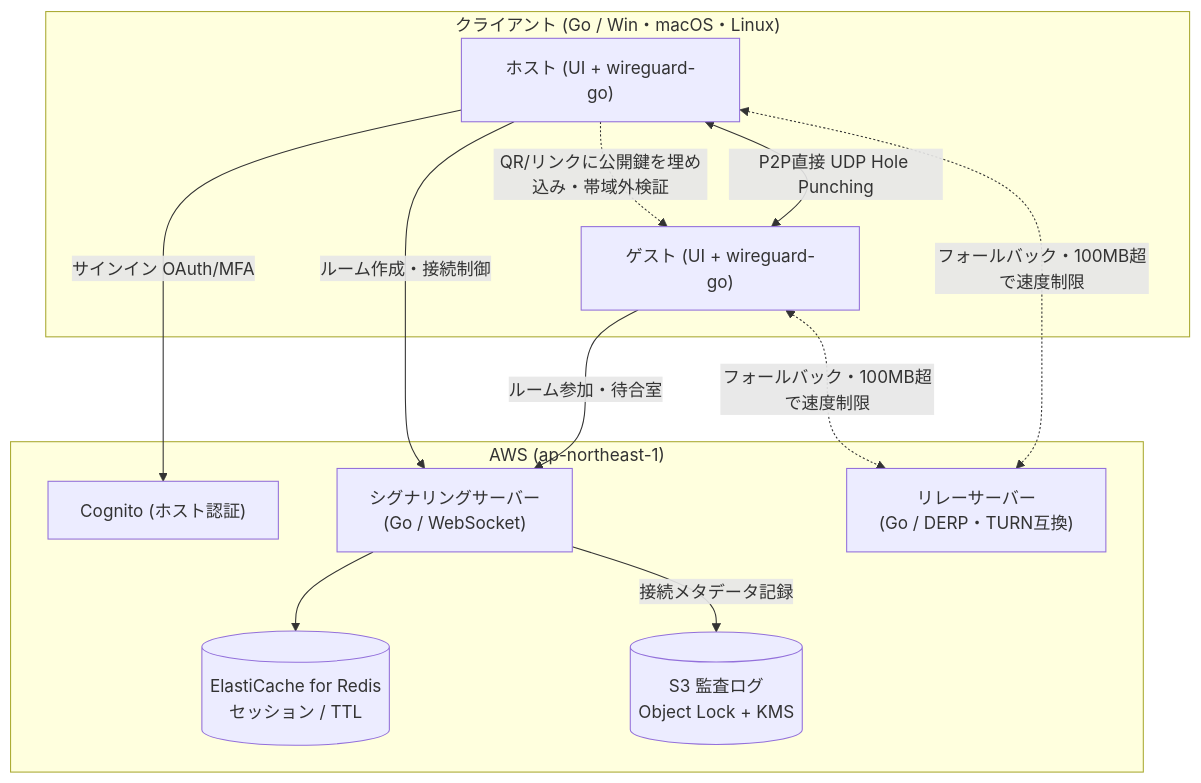
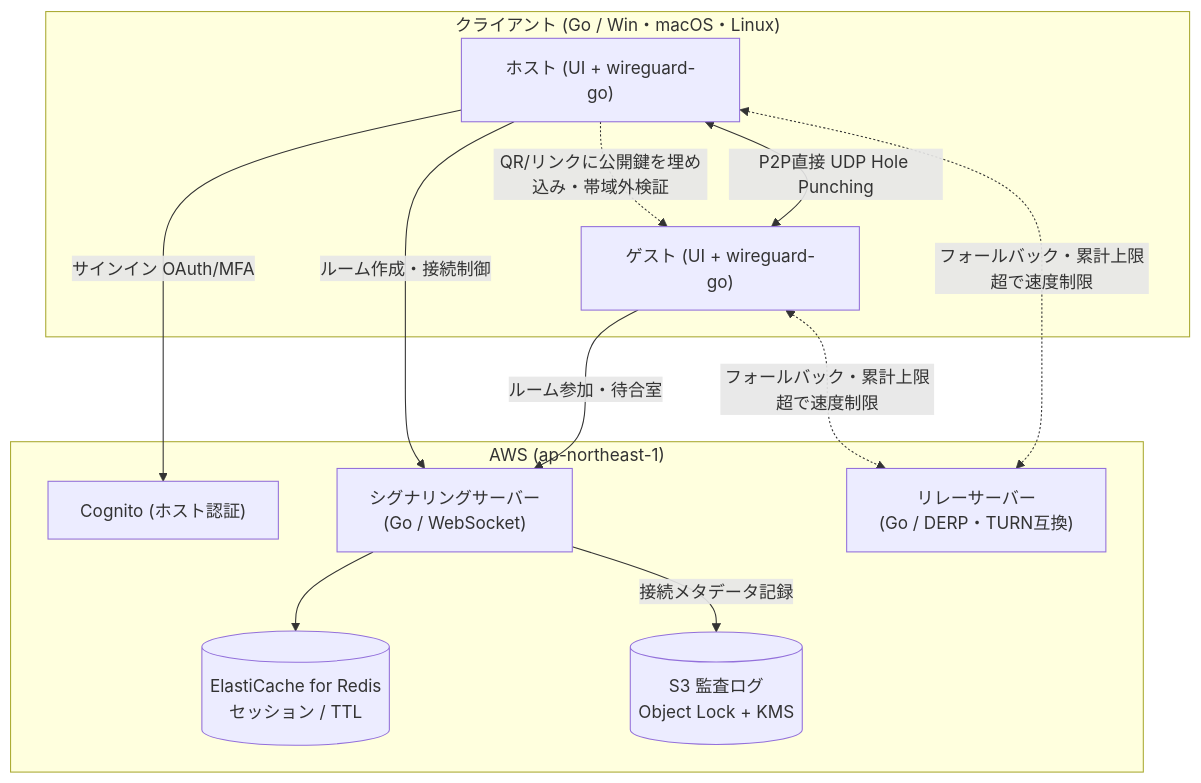
The diagram in README.md (instantmesh/instantmesh), drawn with Mermaid before and after one commit. The commit also changed other lines of this file and 7 other files, not shown here.

````diff
--- a/README.md
+++ b/README.md
@@ -61,25 +81,25 @@
 ```mermaid
 graph TD
     subgraph Clients ["クライアント (Go / Win・macOS・Linux)"]
         Host["ホスト (UI + wireguard-go)"]
         Guest["ゲスト (UI + wireguard-go)"]
     end
 
     subgraph AWS ["AWS (ap-northeast-1)"]
         Sig["シグナリングサーバー<br/>(Go / WebSocket)"]
         Relay["リレーサーバー<br/>(Go / DERP・TURN互換)"]
         Redis[("ElastiCache for Redis<br/>セッション / TTL")]
         Cognito["Cognito (ホスト認証)"]
         S3[("S3 監査ログ<br/>Object Lock + KMS")]
     end
 
     Host -->|サインイン OAuth/MFA| Cognito
     Host -->|ルーム作成・接続制御| Sig
     Guest -->|ルーム参加・待合室| Sig
     Sig --> Redis
     Sig -->|接続メタデータ記録| S3
     Host -. QR/リンクに公開鍵を埋め込み・帯域外検証 .-> Guest
     Host <-->|P2P直接 UDP Hole Punching| Guest
-    Host <-.->|フォールバック・100MB超で速度制限| Relay
-    Guest <-.->|フォールバック・100MB超で速度制限| Relay
+    Host <-.->|フォールバック・累計上限超で速度制限| Relay
+    Guest <-.->|フォールバック・累計上限超で速度制限| Relay
 ```
````
